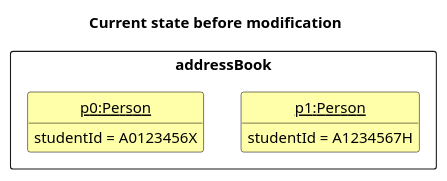
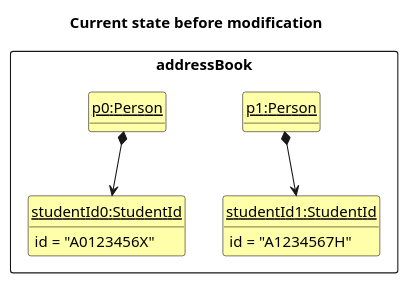
The diagram in docs/diagrams/GroupState1.puml (willowisp01/tp), drawn with PlantUML before and after one commit. The commit also changed 5 other files, not shown here.

```diff
--- a/docs/diagrams/GroupState1.puml
+++ b/docs/diagrams/GroupState1.puml
@@ -1,23 +1,32 @@
 @startuml
 'https://plantuml.com/class-diagram
 
 hide circle
 hide methods
 
 skinparam ClassFontColor #000000
 skinparam ClassBorderColor #000000
 skinparam ClassBackgroundColor #FFFFAA
 
 title Current state before modification
 
 package addressBook <<rectangle>> {
     class State1 as "<u>p0:Person</u>" {
-        studentId = A0123456X
+
     }
     class State2 as "<u>p1:Person</u>" {
-        studentId = A1234567H
+
+    }
+
+    class studentId0  as "<u>studentId0:StudentId</u>" {
+        id = "A0123456X"
+    }
+    class studentId1 as "<u>studentId1:StudentId</u>"{
+        id = "A1234567H"
     }
 }
 
 State1 -[hidden]right-> State2
+State1 *-down-> studentId0
+State2 *-down-> studentId1
 @enduml
```
